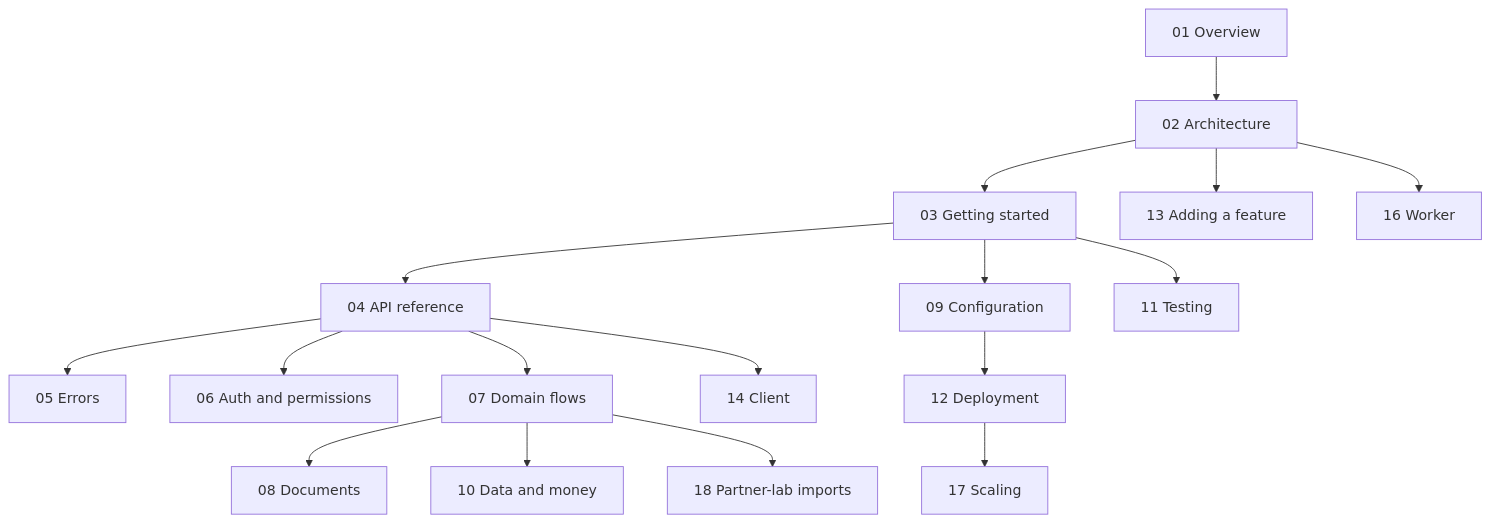
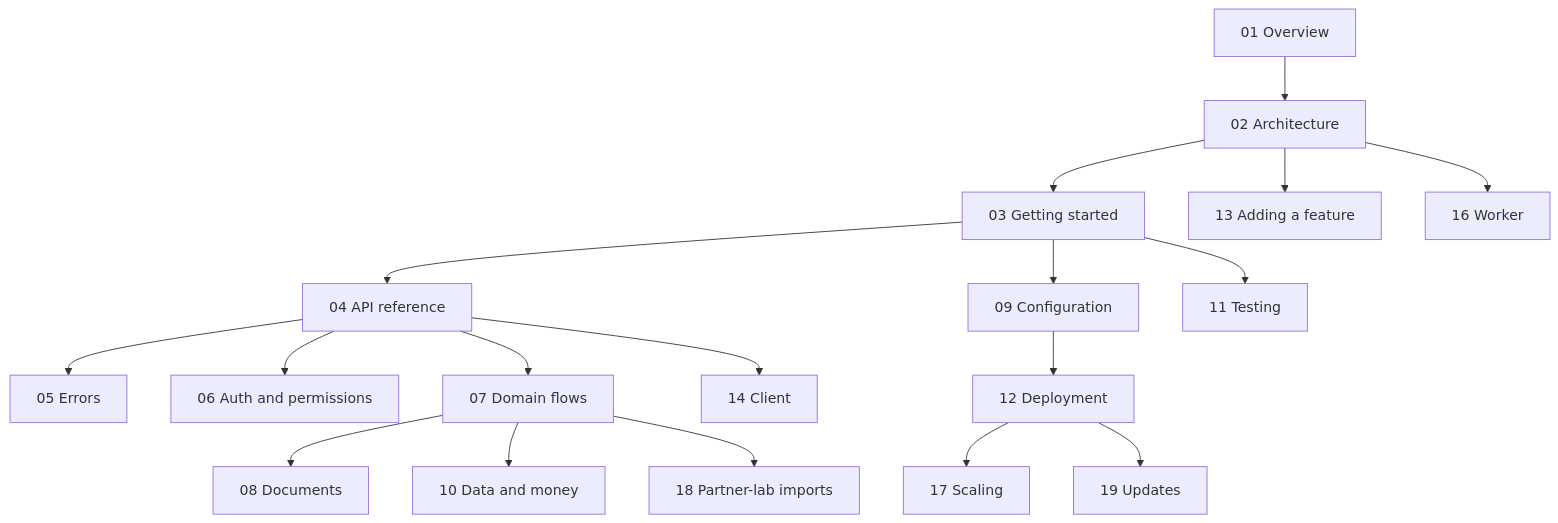
One commit to mgpl-diagnostics/api changed the diagram in docs/README.md. Above: the diagram before and after it, drawn with Mermaid. The commit also changed other lines of this file and 25 other files, not shown here.

````diff
--- a/docs/README.md
+++ b/docs/README.md
@@ -5,19 +5,20 @@
 ```mermaid
 flowchart TD
   A["01 Overview"] --> B["02 Architecture"]
   B --> C["03 Getting started"]
   C --> D["04 API reference"]
   D --> E["05 Errors"]
   D --> F["06 Auth and permissions"]
   D --> G["07 Domain flows"]
   G --> H["08 Documents"]
   C --> I["09 Configuration"]
   G --> J["10 Data and money"]
   C --> K["11 Testing"]
   I --> L["12 Deployment"]
   B --> M["13 Adding a feature"]
   D --> N["14 Client"]
   B --> O["16 Worker"]
   L --> P["17 Scaling"]
   G --> Q["18 Partner-lab imports"]
+  L --> R["19 Updates"]
 ```
````
